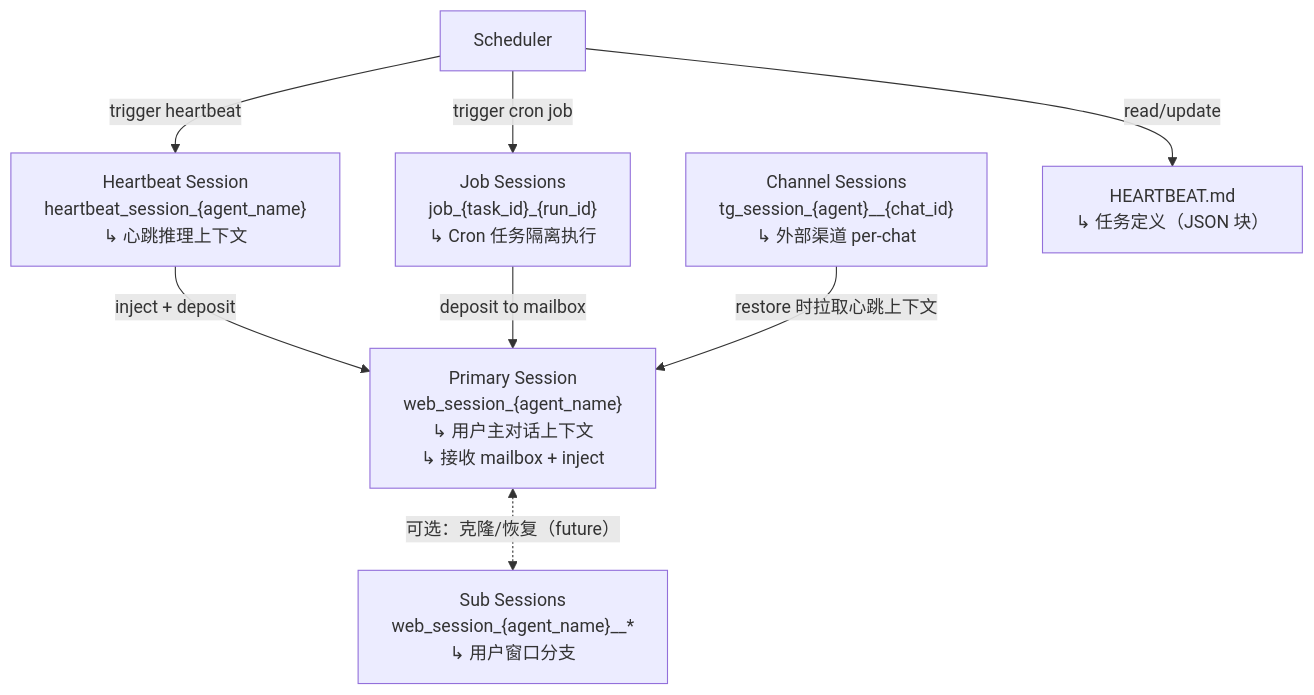
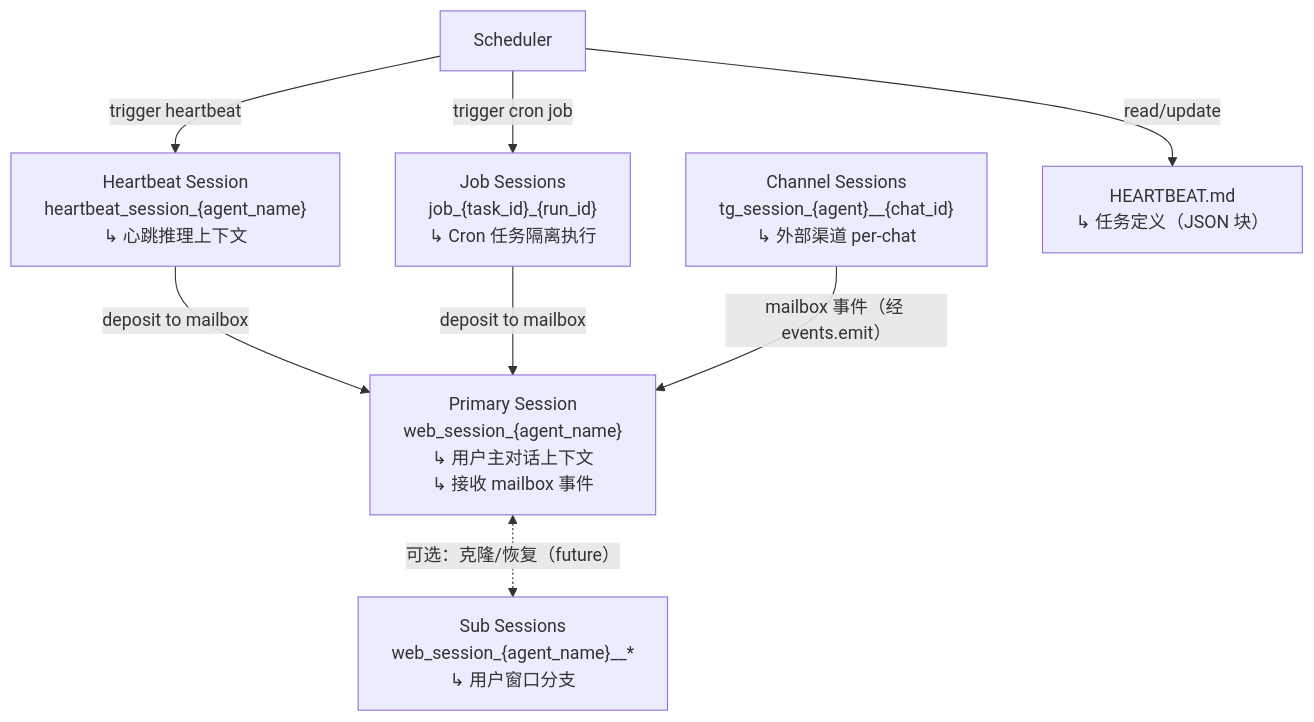
The fourth of 4 diagrams in docs/runtime_design.md (xforce-io/alfred), drawn with Mermaid before and after one commit. The commit also changed other lines of this file and 20 other files, not shown here.

````diff
--- a/docs/runtime_design.md
+++ b/docs/runtime_design.md
@@ -1614,17 +1662,17 @@
 ```mermaid
 flowchart TB
-  PS["Primary Session<br/>web_session_{agent_name}<br/>↳ 用户主对话上下文<br/>↳ 接收 mailbox + inject"]
+  PS["Primary Session<br/>web_session_{agent_name}<br/>↳ 用户主对话上下文<br/>↳ 接收 mailbox 事件"]
   HS["Heartbeat Session<br/>heartbeat_session_{agent_name}<br/>↳ 心跳推理上下文"]
   JS["Job Sessions<br/>job_{task_id}_{run_id}<br/>↳ Cron 任务隔离执行"]
   CS["Channel Sessions<br/>tg_session_{agent}__{chat_id}<br/>↳ 外部渠道 per-chat"]
   SS["Sub Sessions<br/>web_session_{agent_name}__*<br/>↳ 用户窗口分支"]
   HB["HEARTBEAT.md<br/>↳ 任务定义（JSON 块）"]
 
   Sched2["Scheduler"] -->|"trigger heartbeat"| HS
   Sched2 -->|"trigger cron job"| JS
   Sched2 -->|"read/update"| HB
-  HS -->|"inject + deposit"| PS
+  HS -->|"deposit to mailbox"| PS
   JS -->|"deposit to mailbox"| PS
-  CS -->|"restore 时拉取心跳上下文"| PS
+  CS -->|"mailbox 事件（经 events.emit）"| PS
   PS <-.->|"可选：克隆/恢复（future）"| SS
 ```
````
